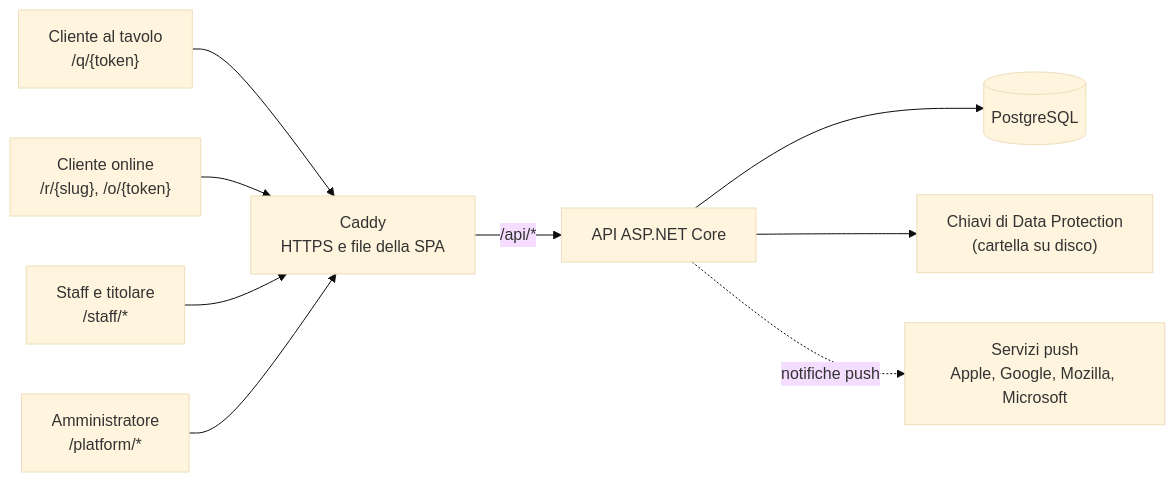
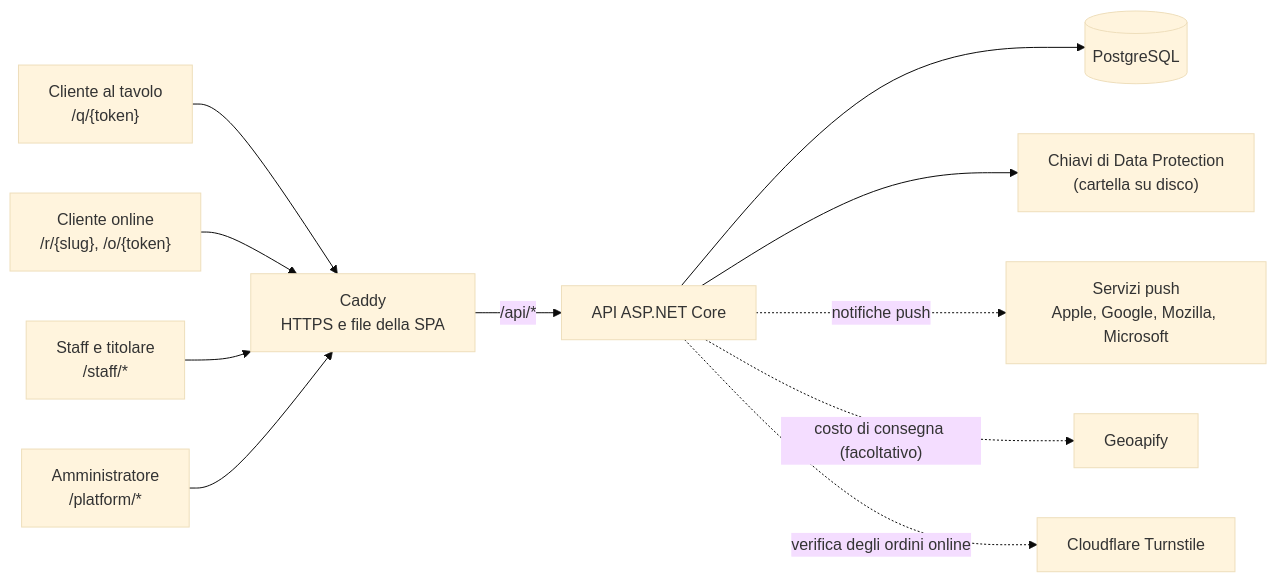
The first of 5 diagrams in docs/it/development-notes.md (lorenzoyang/TavoloFlow), drawn with Mermaid (base theme) before and after one commit. The commit also changed other lines of this file and 19 other files, not shown here.

````diff
--- a/docs/it/development-notes.md
+++ b/docs/it/development-notes.md
@@ -107,11 +107,13 @@
 ```mermaid
 flowchart LR
   G["Cliente al tavolo<br>/q/{token}"] --> C
   O["Cliente online<br>/r/{slug}, /o/{token}"] --> C
   S["Staff e titolare<br>/staff/*"] --> C
   P["Amministratore<br>/platform/*"] --> C
   C["Caddy<br>HTTPS e file della SPA"] -->|"/api/*"| A["API ASP.NET Core"]
   A --> D[("PostgreSQL")]
   A --> K["Chiavi di Data Protection<br>(cartella su disco)"]
   A -.->|"notifiche push"| N["Servizi push<br>Apple, Google, Mozilla, Microsoft"]
+  A -.->|"costo di consegna (facoltativo)"| Q["Geoapify"]
+  A -.->|"verifica degli ordini online"| T["Cloudflare Turnstile"]
 ```
````
